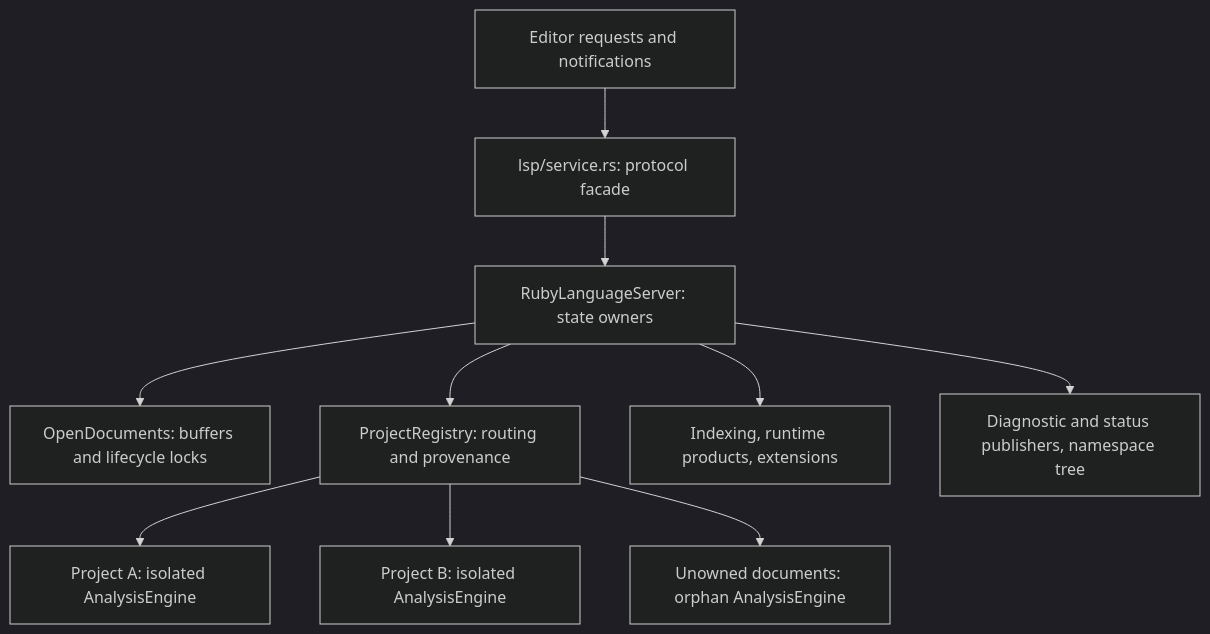
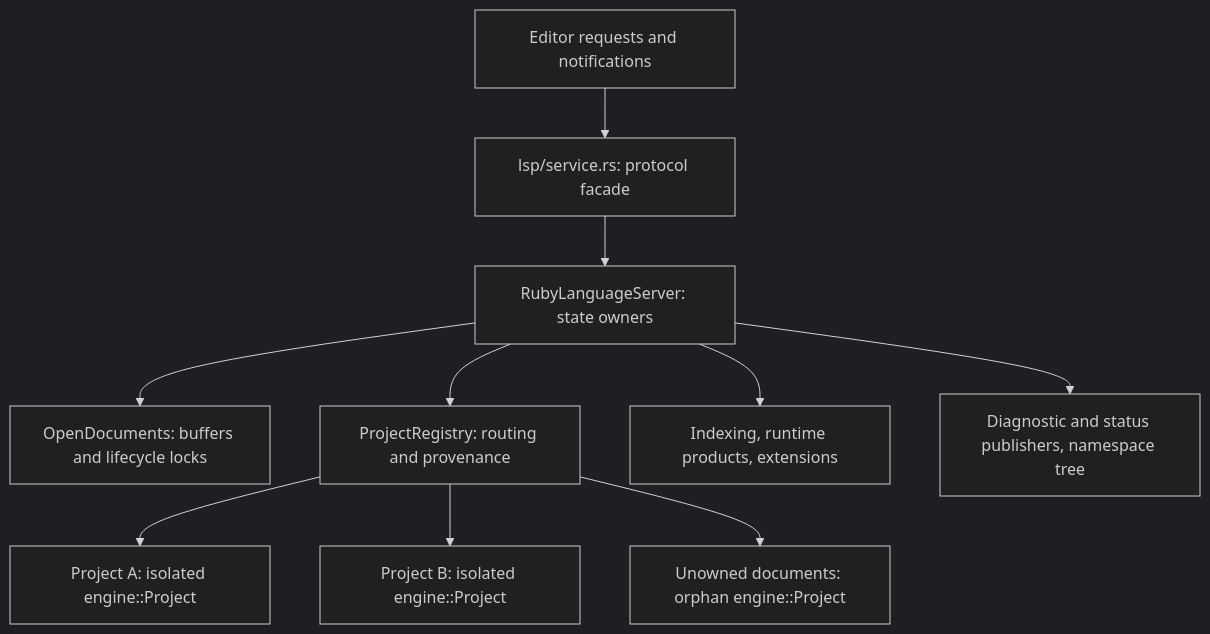
Before and after one commit to rajnaveen344/ruby-fast-lsp: the diagram in docs/development/server-state.md, drawn with Mermaid (dark theme). The commit also changed other lines of this file and 54 other files, not shown here.

````diff
--- a/docs/development/server-state.md
+++ b/docs/development/server-state.md
@@ -113,11 +113,11 @@
 ```mermaid
 flowchart TD
     LSP[Editor requests and notifications] --> Service[lsp/service.rs: protocol facade] --> Server[RubyLanguageServer: state owners]
     Server --> Documents[OpenDocuments: buffers and lifecycle locks]
     Server --> Projects[ProjectRegistry: routing and provenance]
-    Projects --> A[Project A: isolated AnalysisEngine]
-    Projects --> B[Project B: isolated AnalysisEngine]
-    Projects --> Orphan[Unowned documents: orphan AnalysisEngine]
+    Projects --> A[Project A: isolated engine::Project]
+    Projects --> B[Project B: isolated engine::Project]
+    Projects --> Orphan[Unowned documents: orphan engine::Project]
     Server --> Services[Indexing, runtime products, extensions]
     Server --> Output[Diagnostic and status publishers, namespace tree]
 ```
````
